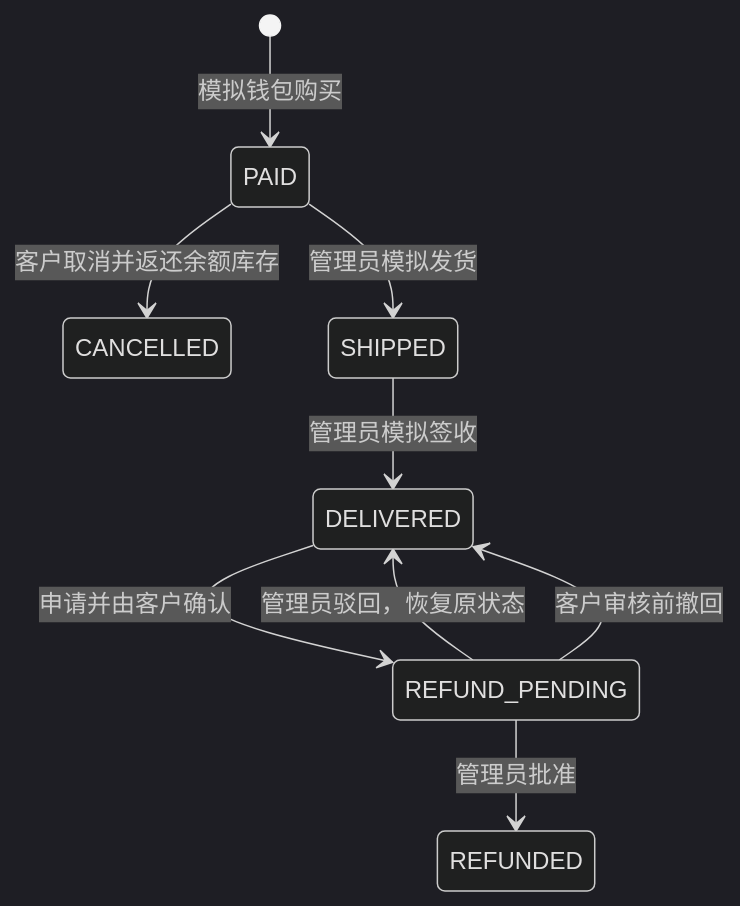
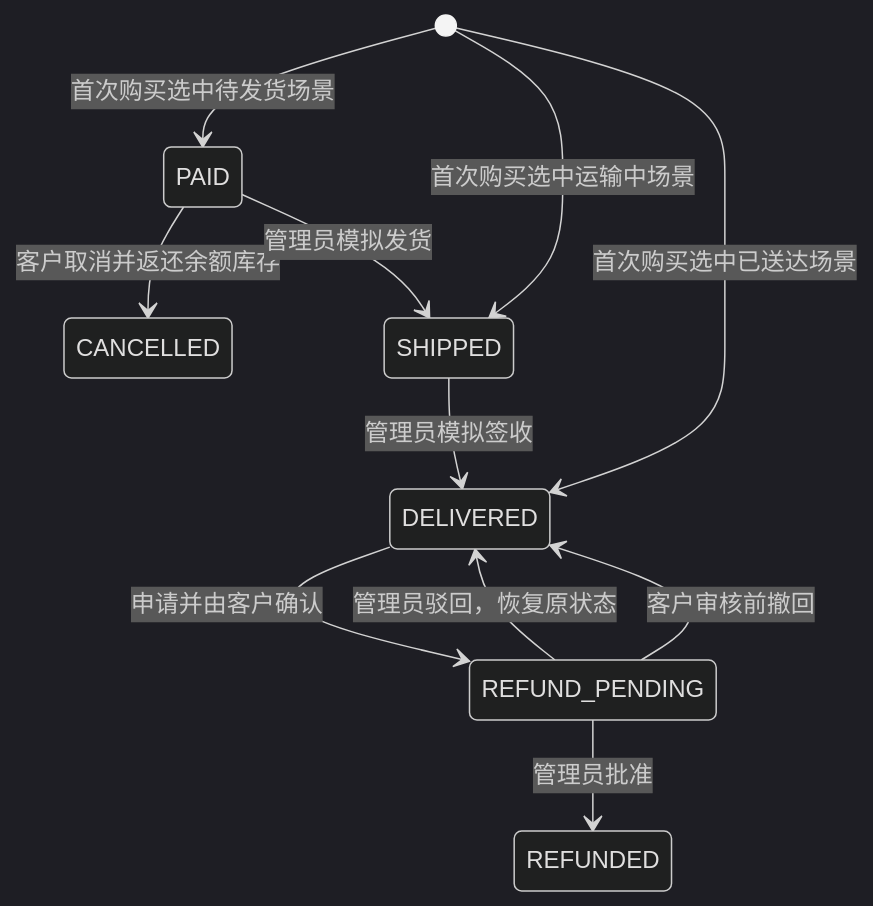
One commit to 3911425/smartserve changed the diagram in docs/02-产品与业务规则.md. Above: the diagram before and after it, drawn with Mermaid (dark theme). The commit also changed other lines of this file and 21 other files, not shown here.

````diff
--- a/docs/02-产品与业务规则.md
+++ b/docs/02-产品与业务规则.md
@@ -33,11 +35,13 @@
 ```mermaid
 stateDiagram-v2
-  [*] --> PAID: 模拟钱包购买
+  [*] --> PAID: 首次购买选中待发货场景
+  [*] --> SHIPPED: 首次购买选中运输中场景
+  [*] --> DELIVERED: 首次购买选中已送达场景
   PAID --> CANCELLED: 客户取消并返还余额库存
   PAID --> SHIPPED: 管理员模拟发货
   SHIPPED --> DELIVERED: 管理员模拟签收
   DELIVERED --> REFUND_PENDING: 申请并由客户确认
   REFUND_PENDING --> REFUNDED: 管理员批准
   REFUND_PENDING --> DELIVERED: 管理员驳回，恢复原状态
   REFUND_PENDING --> DELIVERED: 客户审核前撤回
 ```
````
